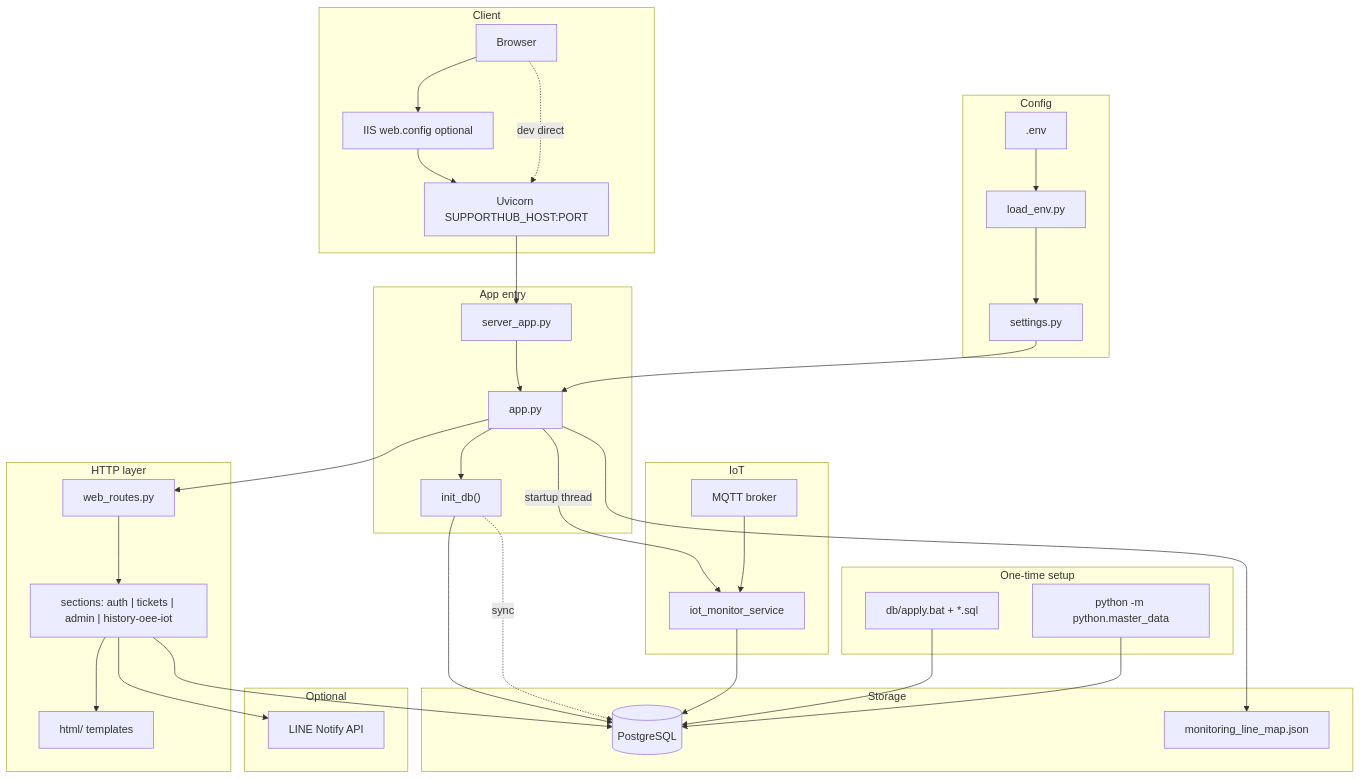
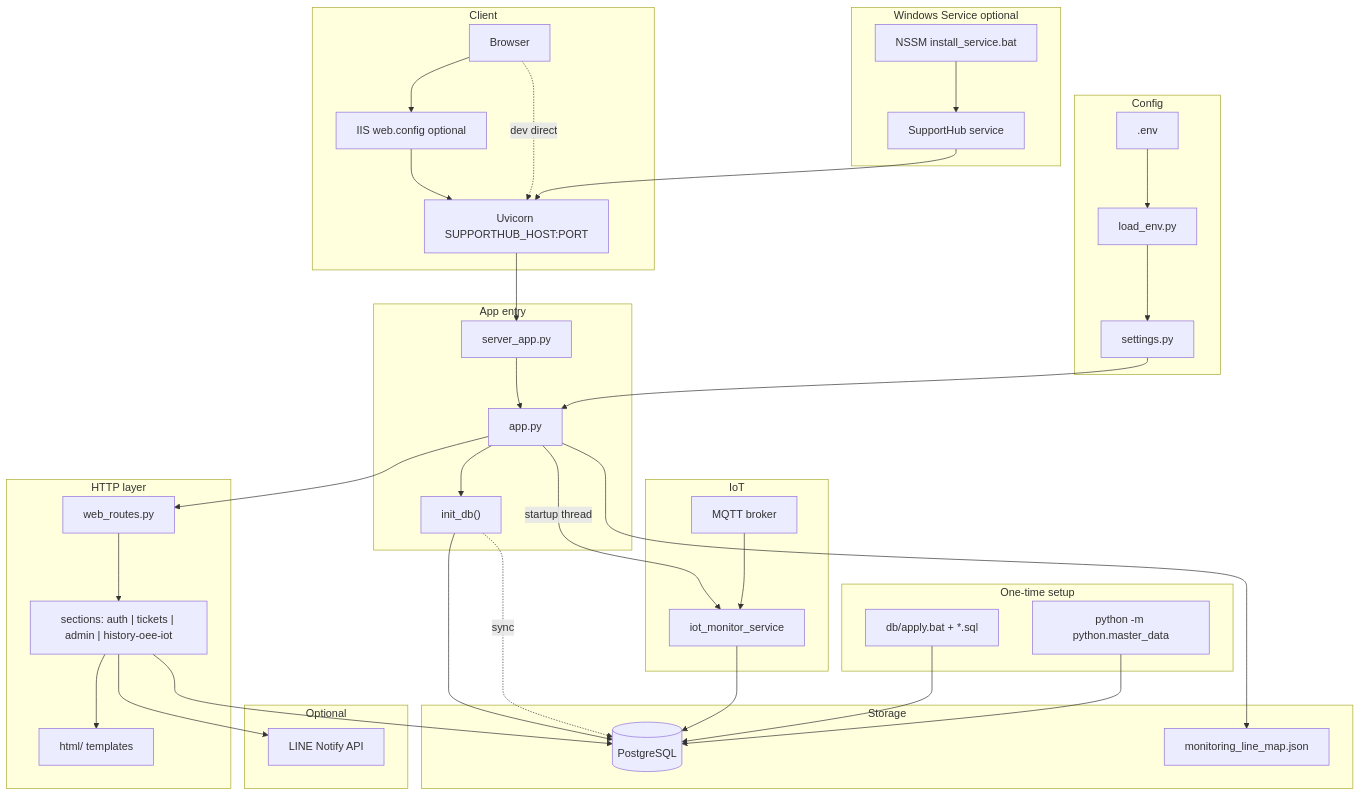
Before and after one commit to titivats/supporthub: the diagram in CODEBASE_SUMMARY.md, drawn with Mermaid. The commit also changed other lines of this file and 8 other files, not shown here.

Commit message:
add install service

````diff
--- a/CODEBASE_SUMMARY.md
+++ b/CODEBASE_SUMMARY.md
@@ -309,62 +310,68 @@
 ```mermaid
 flowchart TB
     subgraph config [Config]
         ENV[".env"]
         LOAD["load_env.py"]
         SET["settings.py"]
         ENV --> LOAD --> SET
     end
 
     subgraph entry [App entry]
         SRV["server_app.py"]
         APP["app.py"]
         DBINIT["init_db()"]
         SRV --> APP --> DBINIT
         SET --> APP
     end
 
     subgraph client [Client]
         Browser["Browser"]
         IIS["IIS web.config optional"]
         UV["Uvicorn SUPPORTHUB_HOST:PORT"]
         Browser --> IIS --> UV
         Browser -.->|dev direct| UV
         UV --> SRV
     end
 
     subgraph http [HTTP layer]
         WR["web_routes.py"]
         SEC["sections: auth | tickets | admin | history-oee-iot"]
         HTML["html/ templates"]
         APP --> WR --> SEC --> HTML
     end
 
     subgraph storage [Storage]
         PG[(PostgreSQL)]
         JSON["monitoring_line_map.json"]
         SEC --> PG
         DBINIT --> PG
         APP --> JSON
         DBINIT -. sync .-> PG
     end
 
     subgraph iot [IoT]
         MQTT["MQTT broker"]
         IOT["iot_monitor_service"]
         APP -->|startup thread| IOT
         MQTT --> IOT
         IOT --> PG
     end
 
     subgraph optional [Optional]
         LINE["LINE Notify API"]
         SEC --> LINE
     end
 
     subgraph setup [One-time setup]
         SQL["db/apply.bat + *.sql"]
         SEED["python -m python.master_data"]
         SQL --> PG
         SEED --> PG
     end
+
+    subgraph winsvc [Windows Service optional]
+        NSSM["NSSM install_service.bat"]
+        SVC["SupportHub service"]
+        NSSM --> SVC --> UV
+    end
 ```
````
